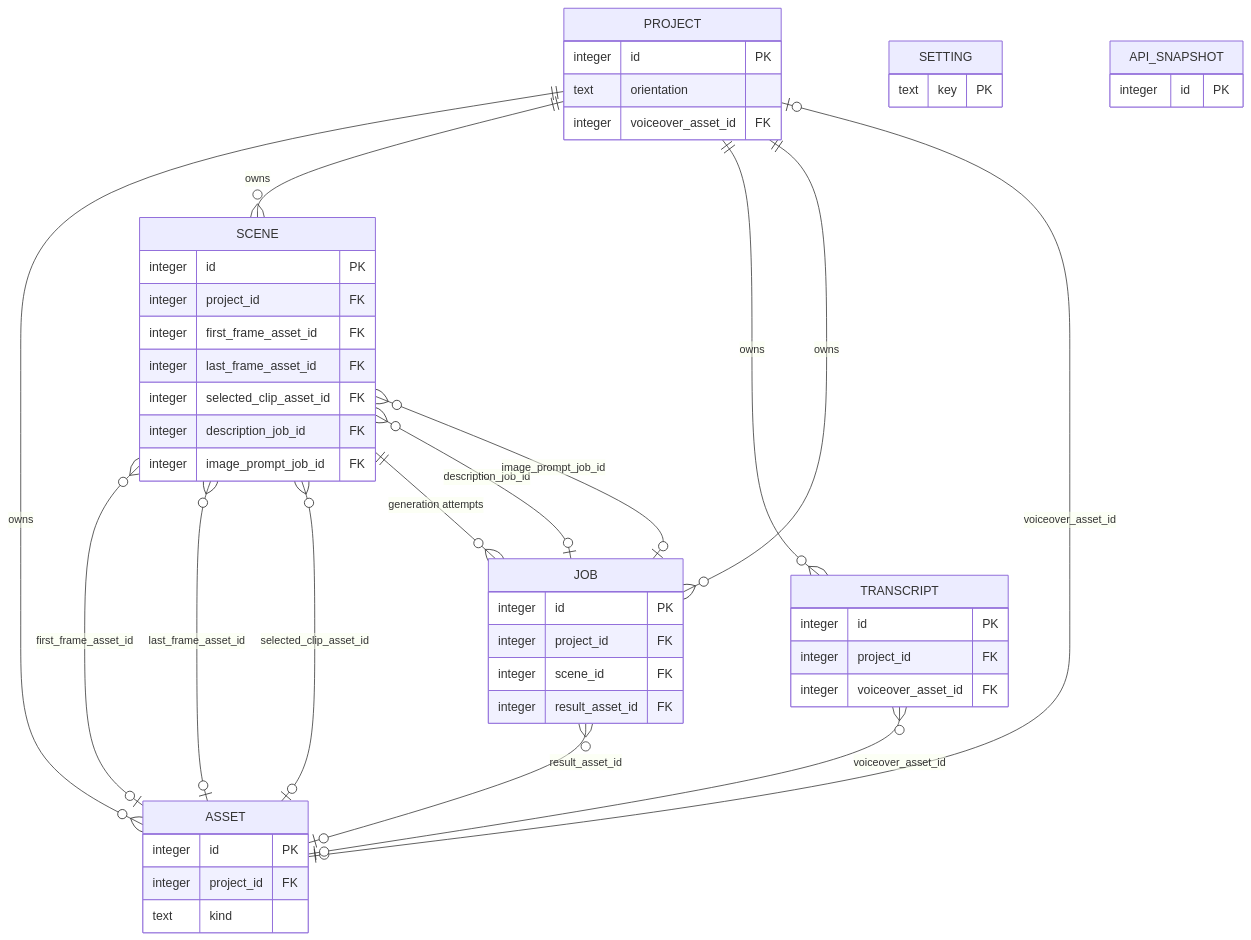
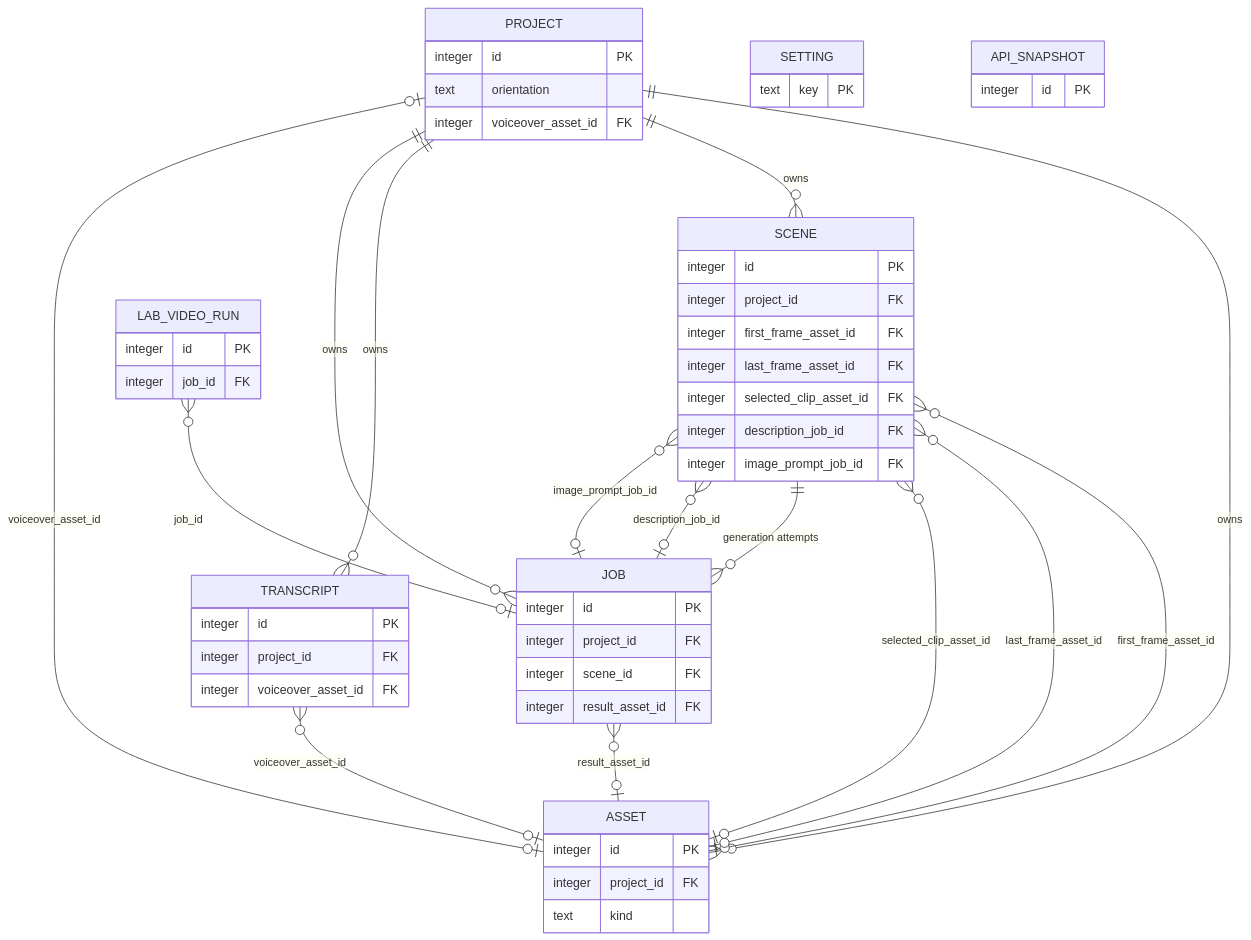
The diagram in DATABASE_STRUCTURE.md (Joshi004/VisionStudio), drawn with Mermaid before and after one commit. The commit also changed other lines of this file and 66 other files, not shown here.

````diff
--- a/DATABASE_STRUCTURE.md
+++ b/DATABASE_STRUCTURE.md
@@ -68,53 +72,58 @@
 ```mermaid
 erDiagram
     PROJECT {
         integer id PK
         text orientation
         integer voiceover_asset_id FK
     }
     ASSET {
         integer id PK
         integer project_id FK
         text kind
     }
     TRANSCRIPT {
         integer id PK
         integer project_id FK
         integer voiceover_asset_id FK
     }
     SCENE {
         integer id PK
         integer project_id FK
         integer first_frame_asset_id FK
         integer last_frame_asset_id FK
         integer selected_clip_asset_id FK
         integer description_job_id FK
         integer image_prompt_job_id FK
     }
     JOB {
         integer id PK
         integer project_id FK
         integer scene_id FK
         integer result_asset_id FK
     }
     SETTING {
         text key PK
     }
     API_SNAPSHOT {
         integer id PK
     }
+    LAB_VIDEO_RUN {
+        integer id PK
+        integer job_id FK
+    }
 
     PROJECT ||--o{ ASSET         : "owns"
     PROJECT ||--o{ SCENE         : "owns"
     PROJECT ||--o{ TRANSCRIPT    : "owns"
     PROJECT ||--o{ JOB           : "owns"
     PROJECT |o--o| ASSET         : "voiceover_asset_id"
     TRANSCRIPT }o--o| ASSET      : "voiceover_asset_id"
     SCENE   }o--o| ASSET         : "first_frame_asset_id"
     SCENE   }o--o| ASSET         : "last_frame_asset_id"
     SCENE   }o--o| ASSET         : "selected_clip_asset_id"
     SCENE   ||--o{ JOB           : "generation attempts"
     SCENE   }o--o| JOB           : "description_job_id"
     SCENE   }o--o| JOB           : "image_prompt_job_id"
     JOB     }o--o| ASSET         : "result_asset_id"
+    LAB_VIDEO_RUN }o--o| JOB     : "job_id"
 ```
````
